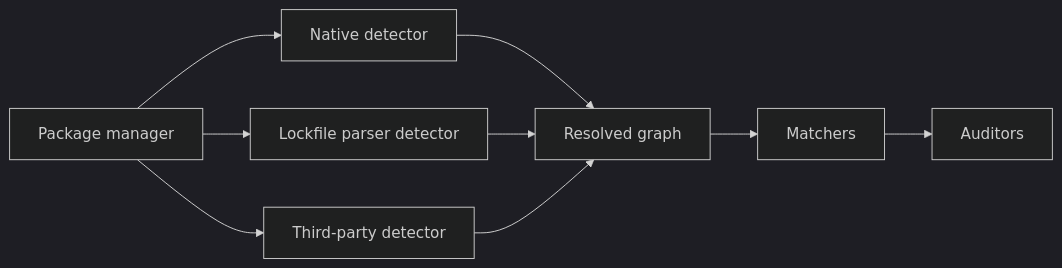
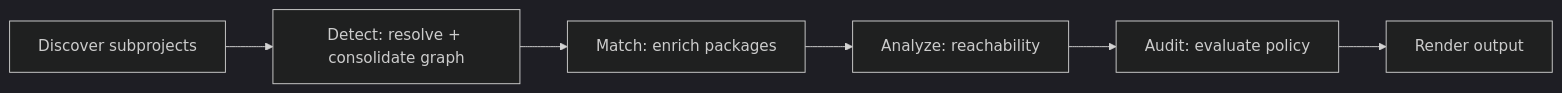
Before and after one commit to bomly-dev/bomly-cli: the diagram in docs/ARCHITECTURE.md, drawn with Mermaid (dark theme). The commit also changed other lines of this file and 15 other files, not shown here.

````diff
--- a/docs/ARCHITECTURE.md
+++ b/docs/ARCHITECTURE.md
@@ -147,12 +22,11 @@
 ```mermaid
 flowchart LR
-    A[Package manager]
-    A --> B[Native detector]
-    A --> C[Lockfile parser detector]
-    A --> D[Third-party detector]
-    B --> E[Resolved graph]
-    C --> E
-    D --> E
-    E --> F[Matchers]
-    F --> G[Auditors]
+    A[Discover subprojects]
+    B[Detect: resolve + consolidate graph]
+    C[Match: enrich packages]
+    D[Analyze: reachability]
+    E[Audit: evaluate policy]
+    F[Render output]
+
+    A --> B --> C --> D --> E --> F
 ```
````
